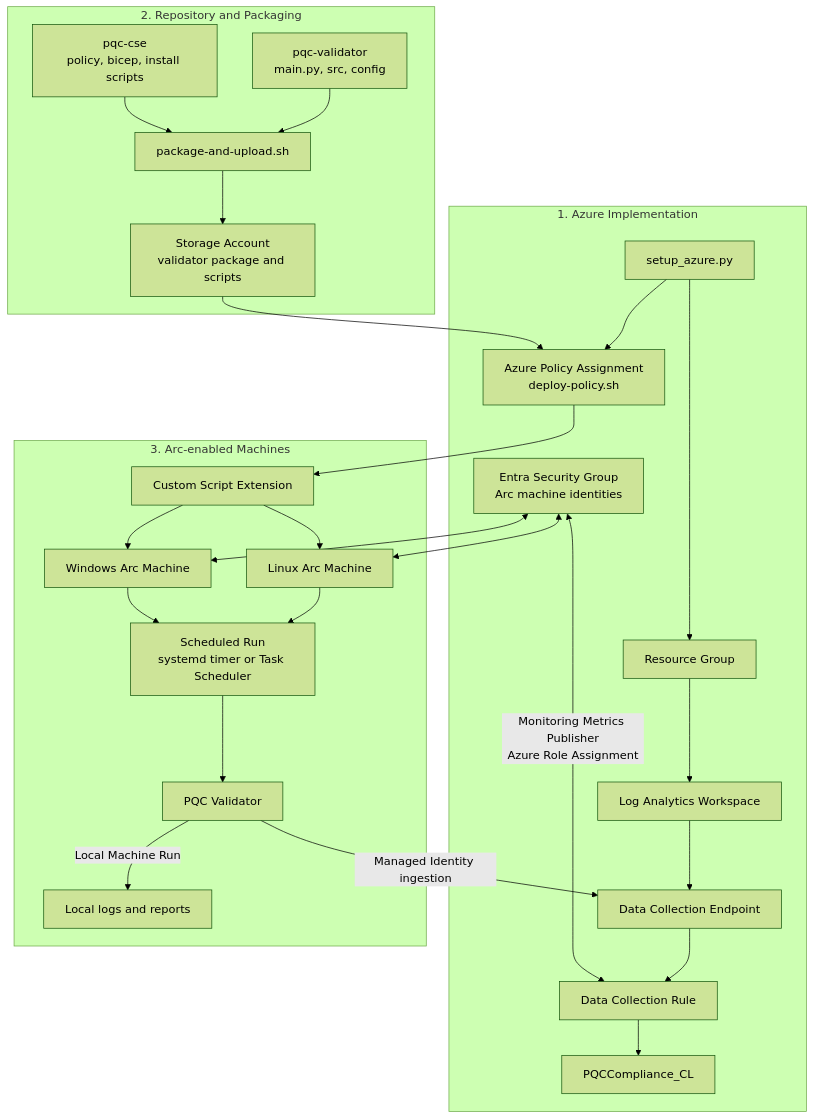
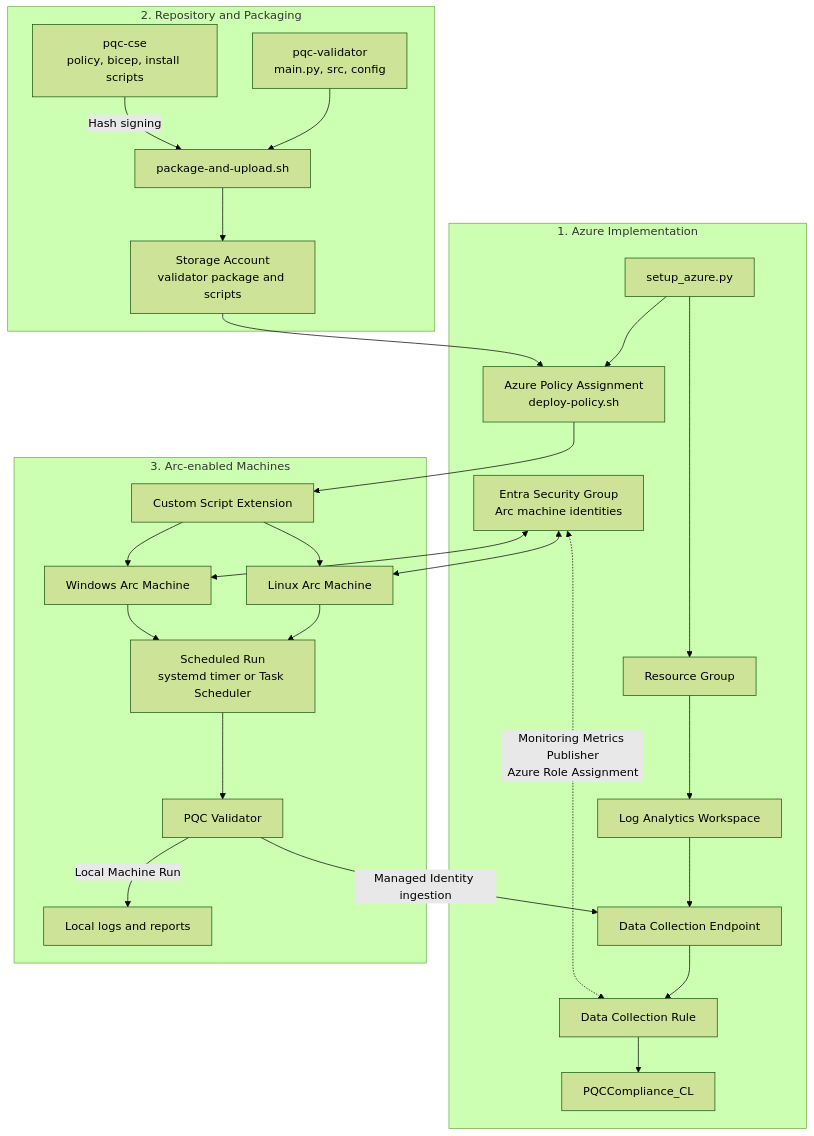
The diagram in README.md (bravo-box/pqc-accelerator), drawn with Mermaid (forest theme) before and after one commit.

````diff
--- a/README.md
+++ b/README.md
@@ -61,55 +61,55 @@
 ```mermaid
 flowchart TB
   subgraph Repo[2. Repository and Packaging]
     A[pqc-validator\nmain.py, src, config]
     B[pqc-cse\npolicy, bicep, install scripts]
     C[package-and-upload.sh]
     D[Storage Account\nvalidator package and scripts]
   end
 
   subgraph Azure[1. Azure Implementation]
     E[setup_azure.py]
     F[Resource Group]
     G[Log Analytics Workspace]
     H[PQCCompliance_CL]
     I[Data Collection Endpoint]
     J[Data Collection Rule]
     K[Entra Security Group\nArc machine identities]
     L[Azure Policy Assignment\ndeploy-policy.sh]
   end
 
   subgraph Fleet[3. Arc-enabled Machines]
     M[Linux Arc Machine]
     N[Windows Arc Machine]
     O[Custom Script Extension]
     P[Scheduled Run\nsystemd timer or Task Scheduler]
     Q[PQC Validator]
     R[Local logs and reports]
   end
 
   A --> C
-  B --> C
+  B --> | Hash signing | C
   C --> D
 
   E --> F
   E --> L
   F --> G
   G --> I
 
   D --> L
   I --> J
   
   K <--> M
   K <--> N
-  K <--> | Monitoring Metrics Publisher\nAzure Role Assignment | J
+  K <-.-> | Monitoring Metrics Publisher\nAzure Role Assignment | J
   L --> O
   O --> M
   O --> N
 
   M --> P
   N --> P
   P --> Q
   Q --> | Local Machine Run | R
   Q -->|Managed Identity ingestion| I
   J --> H
 ```
````
